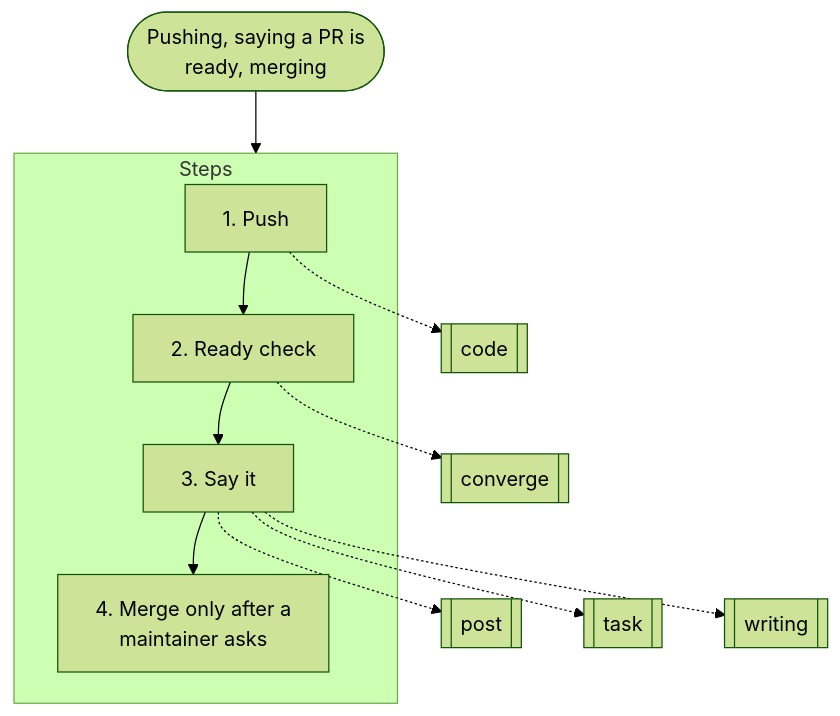
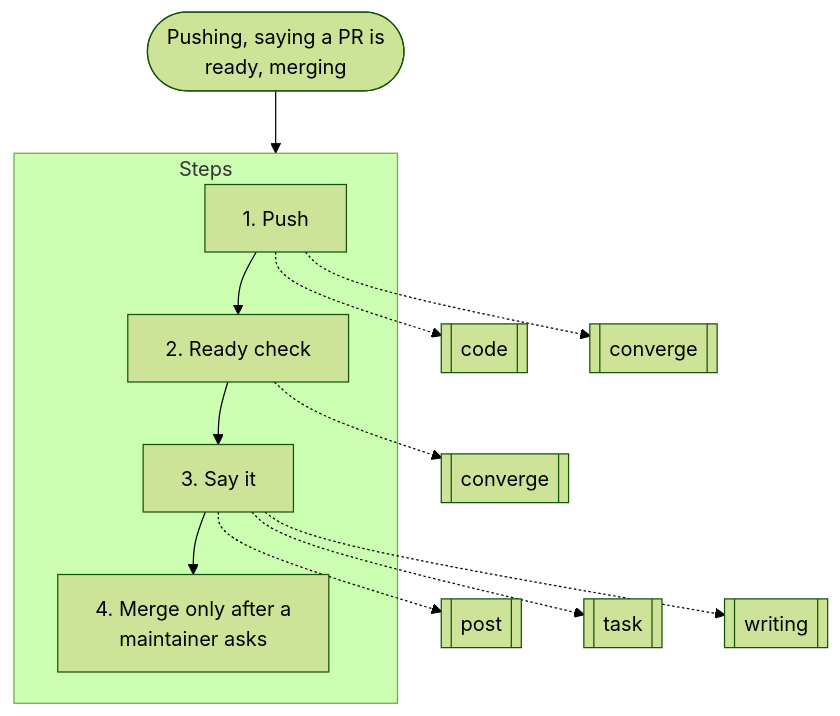
One commit to nitedani/mergeworthy changed diagram 15 of 19 in docs/graphs.md. Above: the diagram before and after it, drawn with Mermaid (forest theme). The commit also changed 8 other files, not shown here.

````diff
--- a/docs/graphs.md
+++ b/docs/graphs.md
@@ -460,19 +460,20 @@
 ```mermaid
 flowchart TB
   start(["Pushing, saying a PR is<br/>ready, merging"])
   subgraph g0["Steps"]
     s0["1. Push"]
     s1["2. Ready check"]
     s0 --> s1
     s2["3. Say it"]
     s1 --> s2
     s3["4. Merge only after a<br/>maintainer asks"]
     s2 --> s3
   end
   s0 -.-> r1[["code"]]
-  s1 -.-> r2[["converge"]]
-  s2 -.-> r3[["post"]]
-  s2 -.-> r4[["task"]]
-  s2 -.-> r5[["writing"]]
+  s0 -.-> r2[["converge"]]
+  s1 -.-> r3[["converge"]]
+  s2 -.-> r4[["post"]]
+  s2 -.-> r5[["task"]]
+  s2 -.-> r6[["writing"]]
   start --> g0
 ```
````
